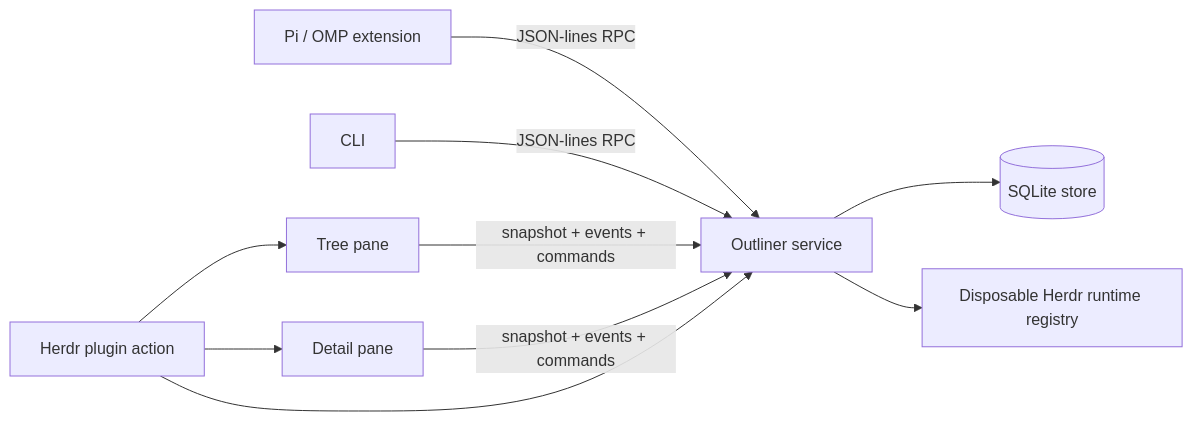
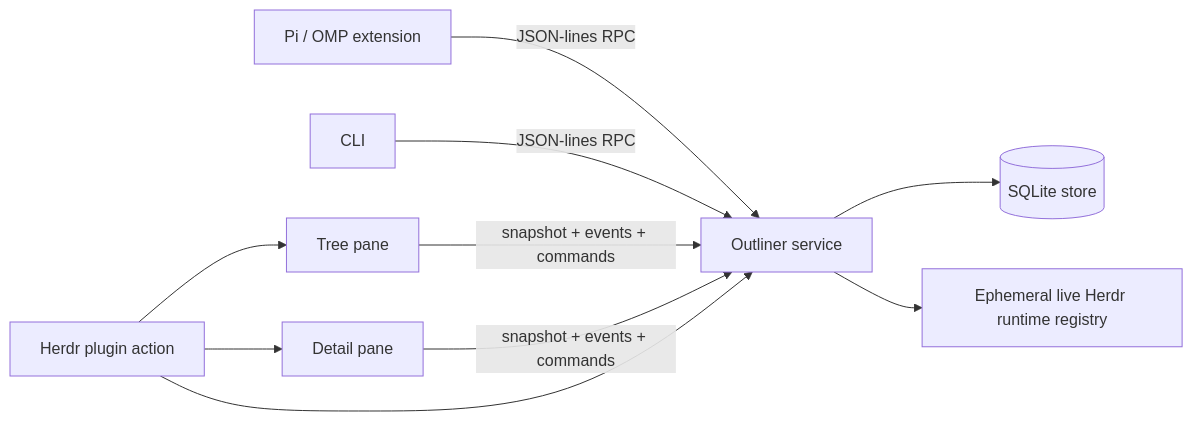
Before and after one commit to float-ritual-stack/pi-herdr-outliner: the diagram in docs/ARCHITECTURE.md, drawn with Mermaid. The commit also changed other lines of this file and 36 other files, not shown here.

````diff
--- a/docs/ARCHITECTURE.md
+++ b/docs/ARCHITECTURE.md
@@ -7,12 +7,12 @@
 ```mermaid
 flowchart LR
     Pi[Pi / OMP extension] -->|JSON-lines RPC| Service
     CLI[CLI] -->|JSON-lines RPC| Service
     Tree[Tree pane] -->|snapshot + events + commands| Service
     Detail[Detail pane] -->|snapshot + events + commands| Service
     Service[Outliner service] --> Store[(SQLite store)]
-    Service --> Registry[Disposable Herdr runtime registry]
+    Service --> Registry[Ephemeral live Herdr runtime registry]
     Herdr[Herdr plugin action] --> Service
     Herdr --> Tree
     Herdr --> Detail
 ```
````
